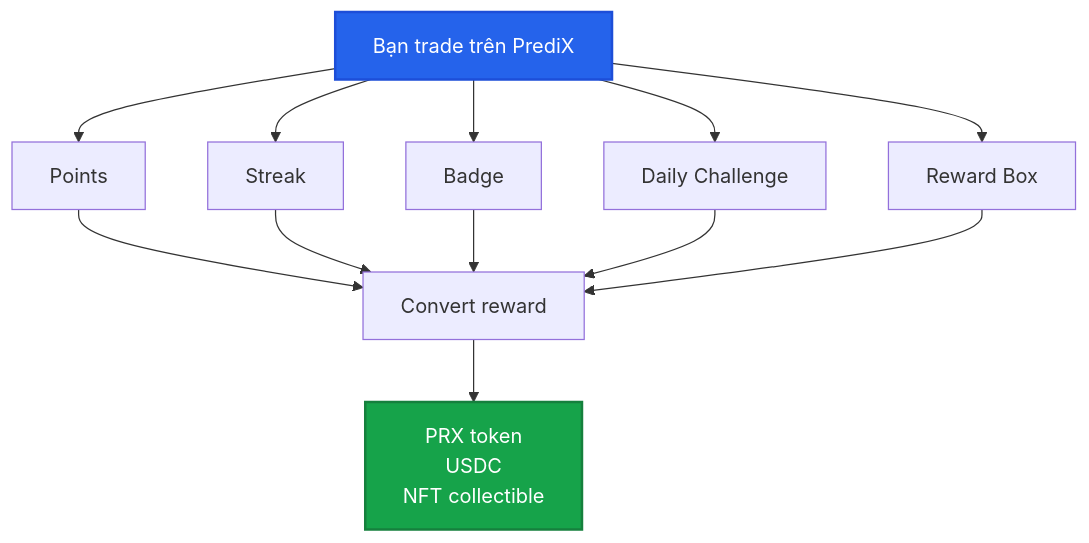
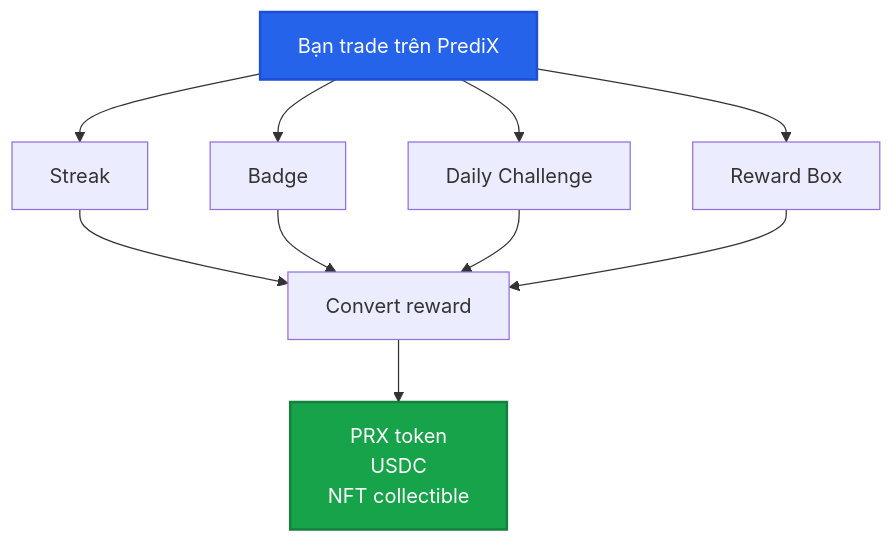
Before and after one commit to PrediX-Protocol/predix-docs: the first of 3 diagrams in vi_v6/kinh-te/rewards.md, drawn with Mermaid. The commit also changed other lines of this file and 11 other files, not shown here.

````diff
--- a/vi_v6/kinh-te/rewards.md
+++ b/vi_v6/kinh-te/rewards.md
@@ -5,19 +7,17 @@
 ```mermaid
 flowchart TB
-    Trade[Bạn trade trên PrediX] --> P[Points]
-    Trade --> S[Streak]
+    Trade[Bạn trade trên PrediX] --> S[Streak]
     Trade --> B[Badge]
     Trade --> DC[Daily Challenge]
     Trade --> RB[Reward Box]
-    P --> R[Convert reward]
-    S --> R
+    S --> R[Convert reward]
     B --> R
     DC --> R
     RB --> R
     R --> PRX[PRX token<br/>USDC<br/>NFT collectible]
 
     classDef act fill:#2563eb,stroke:#1d4ed8,color:#fff,stroke-width:2px
     classDef rwd fill:#16a34a,stroke:#15803d,color:#fff,stroke-width:2px
     class Trade act
     class PRX rwd
 ```
````
